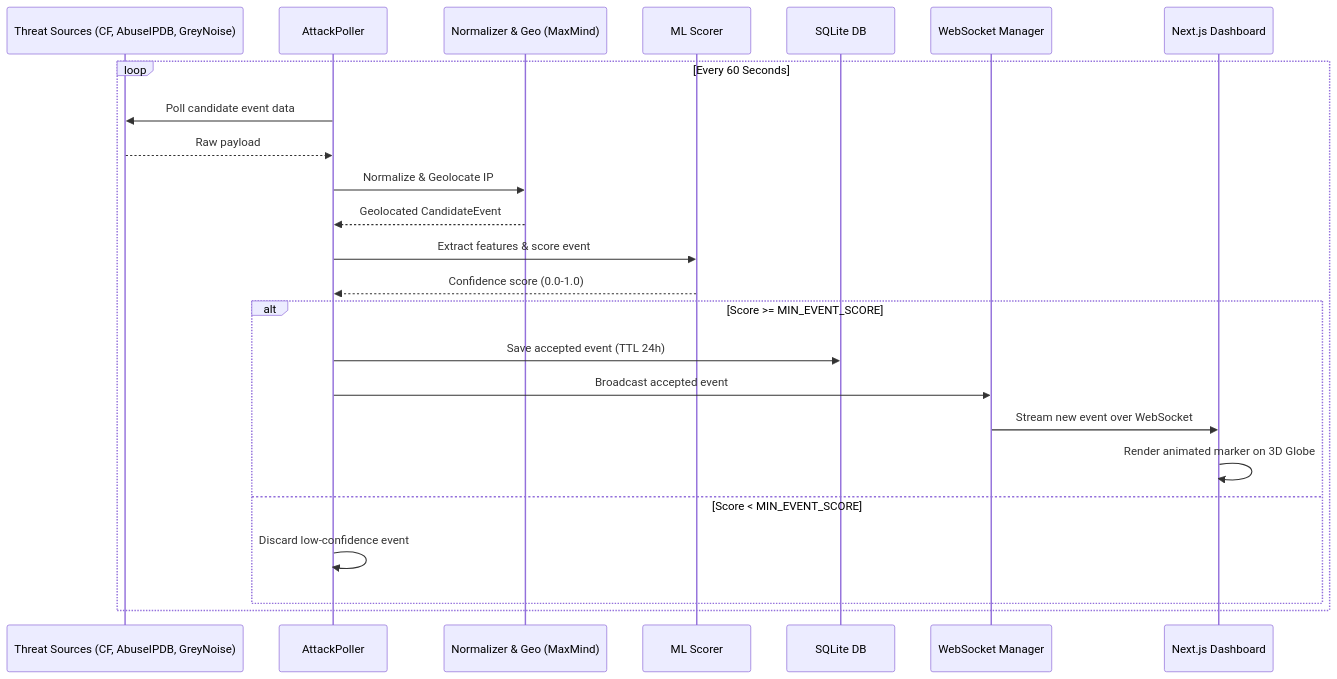
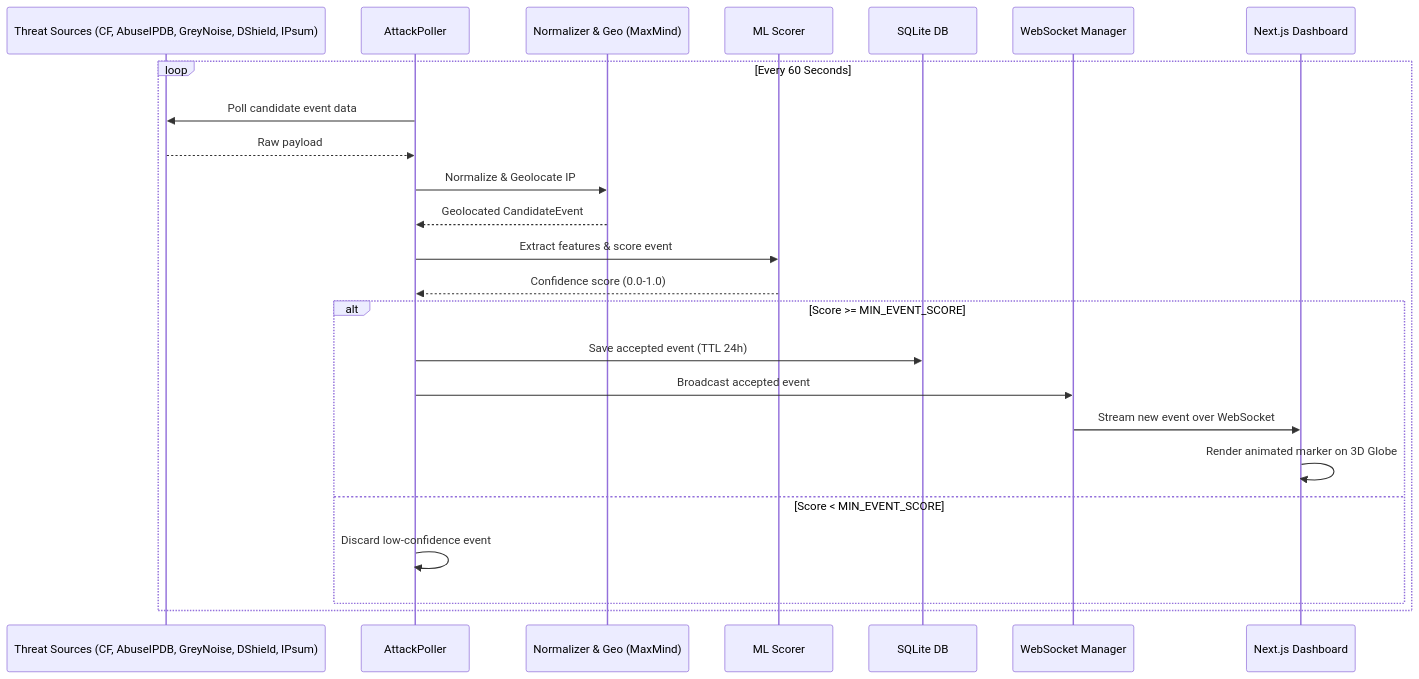
One commit to swap-mitra/live-ddos-map changed the second of 3 diagrams in README.md. Above: the diagram before and after it, drawn with Mermaid. The commit also changed other lines of this file and 3 other files, not shown here.

````diff
--- a/README.md
+++ b/README.md
@@ -47,27 +51,27 @@
 ```mermaid
 sequenceDiagram
-  participant Sources as Threat Sources (CF, AbuseIPDB, GreyNoise)
+  participant Sources as Threat Sources (CF, AbuseIPDB, GreyNoise, DShield, IPsum)
   participant Poller as AttackPoller
   participant Enricher as Normalizer & Geo (MaxMind)
   participant ML as ML Scorer
   participant DB as SQLite DB
   participant WS as WebSocket Manager
   participant UI as Next.js Dashboard
 
   loop Every 60 Seconds
     Poller->>Sources: Poll candidate event data
     Sources-->>Poller: Raw payload
     Poller->>Enricher: Normalize & Geolocate IP
     Enricher-->>Poller: Geolocated CandidateEvent
     Poller->>ML: Extract features & score event
     ML-->>Poller: Confidence score (0.0-1.0)
     alt Score >= MIN_EVENT_SCORE
       Poller->>DB: Save accepted event (TTL 24h)
       Poller->>WS: Broadcast accepted event
       WS->>UI: Stream new event over WebSocket
       UI->>UI: Render animated marker on 3D Globe
     else Score < MIN_EVENT_SCORE
       Poller->>Poller: Discard low-confidence event
     end
   end
 ```
````
